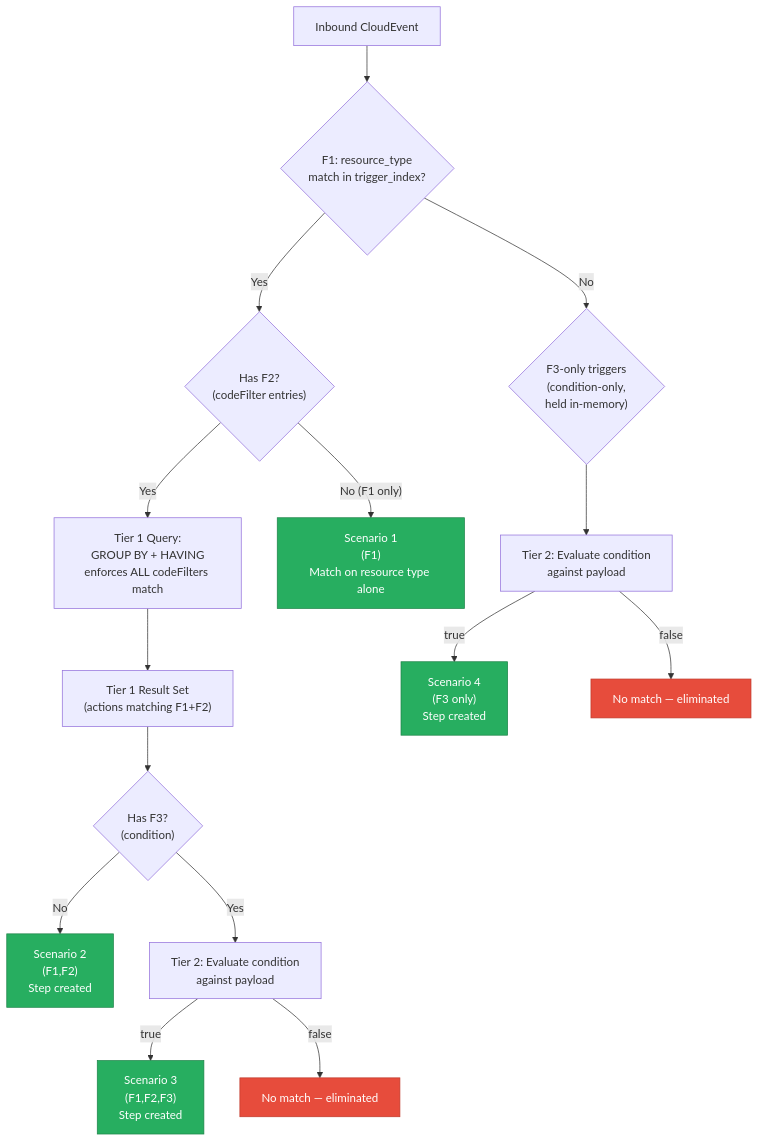
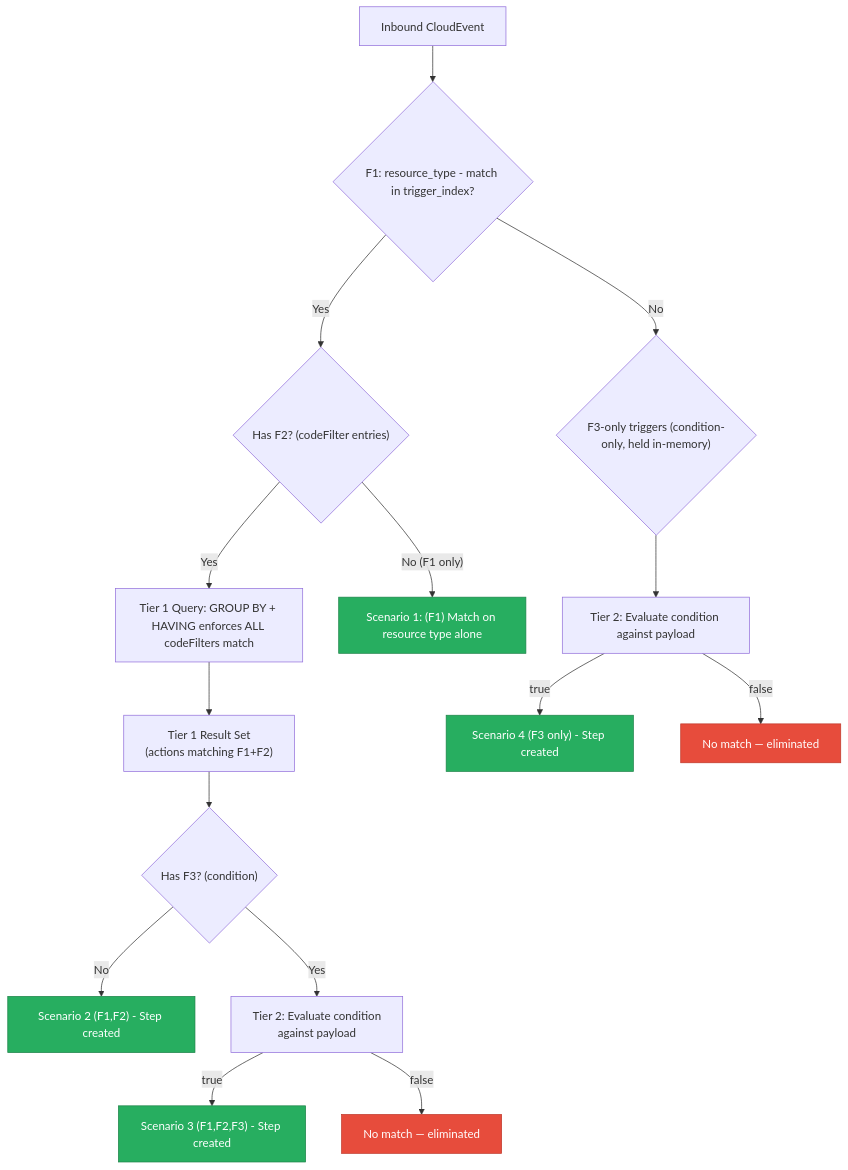
Before and after one commit to Jayaprakash8887/cce-compliance-service: the third of 4 diagrams in docs/architecture-overview.md, drawn with Mermaid.

Commit message:
Feat #CCE-64: Service Design Documents
review comments update

````diff
--- a/docs/architecture-overview.md
+++ b/docs/architecture-overview.md
@@ -188,30 +188,30 @@
 ```mermaid
 flowchart TD
-    EVENT["Inbound CloudEvent"] --> F1_CHECK{"F1: resource_type\nmatch in trigger_index?"}
+    EVENT["Inbound CloudEvent"] --> F1_CHECK{"F1: resource_type - match in trigger_index?"}
 
-    F1_CHECK -->|"Yes"| HAS_F2{"Has F2?\n(codeFilter entries)"}
-    F1_CHECK -->|"No"| F3_ONLY{"F3-only triggers\n(condition-only,\nheld in-memory)"}
+    F1_CHECK -->|"Yes"| HAS_F2{"Has F2? (codeFilter entries)"}
+    F1_CHECK -->|"No"| F3_ONLY{"F3-only triggers (condition-only, held in-memory)"}
 
-    HAS_F2 -->|"Yes"| TIER1["Tier 1 Query:\nGROUP BY + HAVING\nenforces ALL codeFilters match"]
-    HAS_F2 -->|"No (F1 only)"| S1["Scenario 1\n(F1)\nMatch on resource type alone"]
+    HAS_F2 -->|"Yes"| TIER1["Tier 1 Query: GROUP BY + HAVING enforces ALL codeFilters match"]
+    HAS_F2 -->|"No (F1 only)"| S1["Scenario 1: (F1) Match on resource type alone"]
 
     TIER1 --> TIER1_RESULT["Tier 1 Result Set\n(actions matching F1+F2)"]
 
-    TIER1_RESULT --> HAS_F3{"Has F3?\n(condition)"}
-    HAS_F3 -->|"No"| S2["Scenario 2\n(F1,F2)\nStep created"]
+    TIER1_RESULT --> HAS_F3{"Has F3? (condition)"}
+    HAS_F3 -->|"No"| S2["Scenario 2 (F1,F2) - Step created"]
     HAS_F3 -->|"Yes"| TIER2["Tier 2: Evaluate condition\nagainst payload"]
 
-    TIER2 -->|"true"| S3["Scenario 3\n(F1,F2,F3)\nStep created"]
+    TIER2 -->|"true"| S3["Scenario 3 (F1,F2,F3) - Step created"]
     TIER2 -->|"false"| REJECT["No match — eliminated"]
 
-    F3_ONLY --> EVAL_F3["Tier 2: Evaluate condition\nagainst payload"]
-    EVAL_F3 -->|"true"| S4["Scenario 4\n(F3 only)\nStep created"]
+    F3_ONLY --> EVAL_F3["Tier 2: Evaluate condition against payload"]
+    EVAL_F3 -->|"true"| S4["Scenario 4 (F3 only) - Step created"]
     EVAL_F3 -->|"false"| REJECT2["No match — eliminated"]
 
     style S1 fill:#27AE60,stroke:#1E8449,color:white
     style S2 fill:#27AE60,stroke:#1E8449,color:white
     style S3 fill:#27AE60,stroke:#1E8449,color:white
     style S4 fill:#27AE60,stroke:#1E8449,color:white
     style REJECT fill:#E74C3C,stroke:#C0392B,color:white
     style REJECT2 fill:#E74C3C,stroke:#C0392B,color:white
 ```
````
